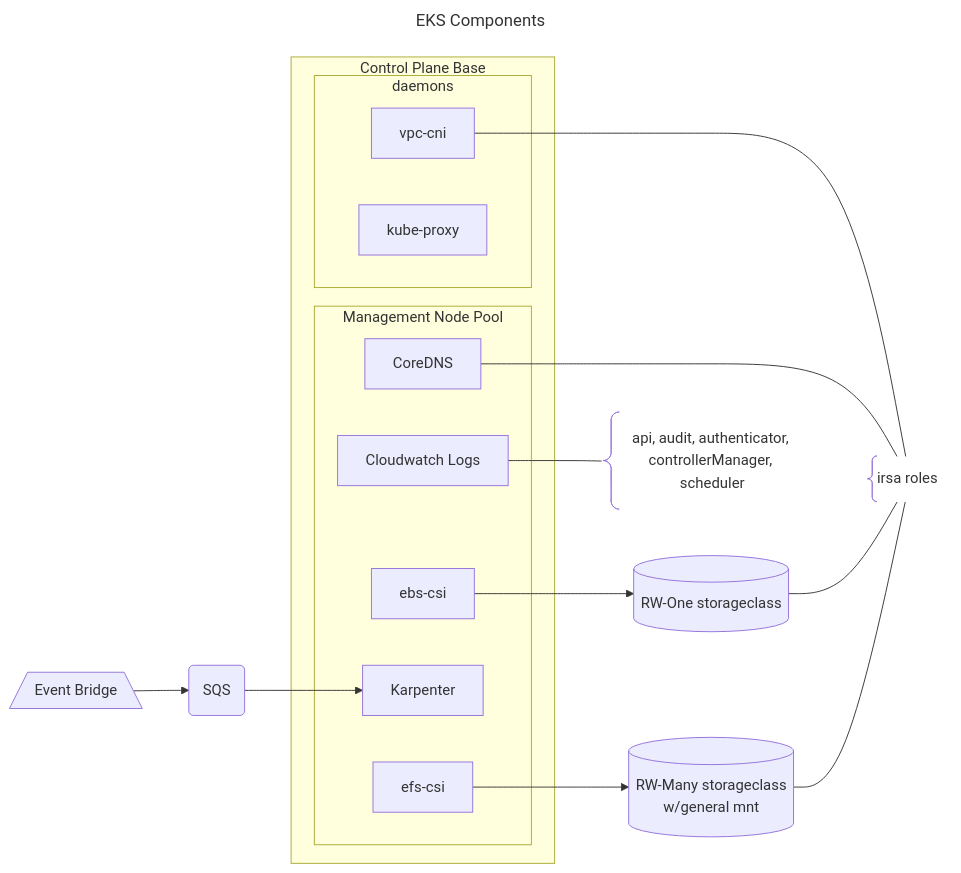
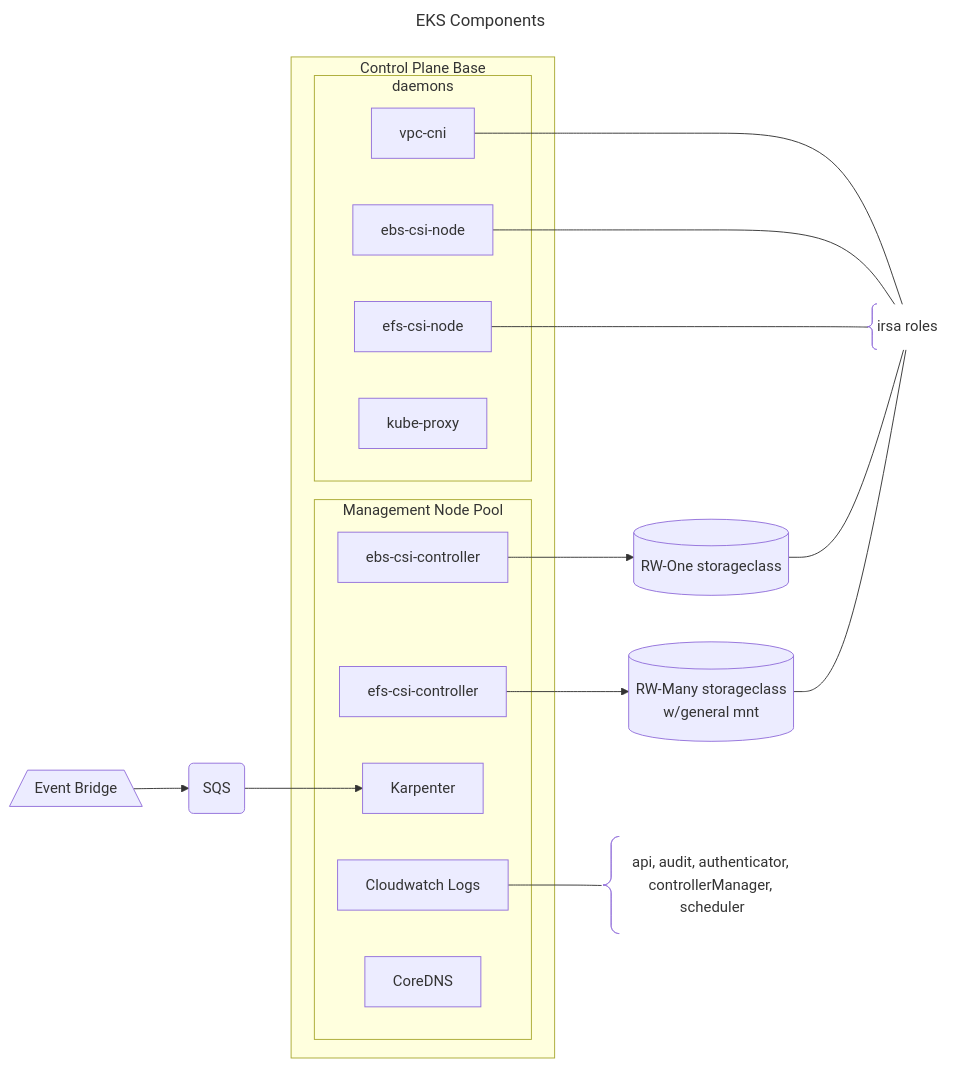
Before and after one commit to twplatformlabs/psk-aws-control-plane-base: the second of 5 diagrams in README.md, drawn with Mermaid. The commit also changed other lines of this file and 1 other file, not shown here.

Commit message:
[nc] cleanup

````diff
--- a/README.md
+++ b/README.md
@@ -44,38 +44,41 @@
 ```mermaid
 ---
 title: EKS Components
 ---
 flowchart LR
 
     VPC --- IRSA
-    DNS --- IRSA
     EBSCSI --> RWO --- IRSA
     EFSCSI --> RWM --- IRSA
+		EBSNODE --- IRSA
+		EFSNODE --- IRSA
     EVNT --> SQS --> KRPT
     LOGS --- LOGS1
 
     subgraph Control Plane Base
         subgraph Management Node Pool
             
             DNS[CoreDNS]
-            EBSCSI[ebs-csi]
-            EFSCSI[efs-csi]
+            EBSCSI[ebs-csi-controller]
+            EFSCSI[efs-csi-controller]
             LOGS[Cloudwatch Logs]
             KRPT[Karpenter]
         end
         subgraph daemons
             KP[kube-proxy]
             VPC[vpc-cni]
+						EBSNODE[ebs-csi-node]
+						EFSNODE[efs-csi-node]
         end
     end
 
     IRSA@{ shape: brace-l, label: "irsa roles" }
     RWO[(RW-One storageclass)]
     RWM[(RW-Many storageclass
          w/general mnt)]
     
     LOGS1@{ shape: brace-l, label: "api, audit, authenticator, controllerManager, scheduler" }
     SQS@{ shape: rounded, label: "SQS"}
     EVNT@{ shape: trap-b, label: "Event Bridge"}
 
 ```
````
